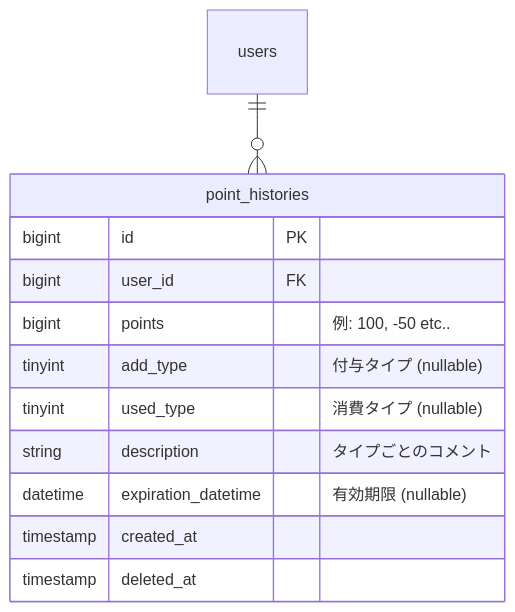
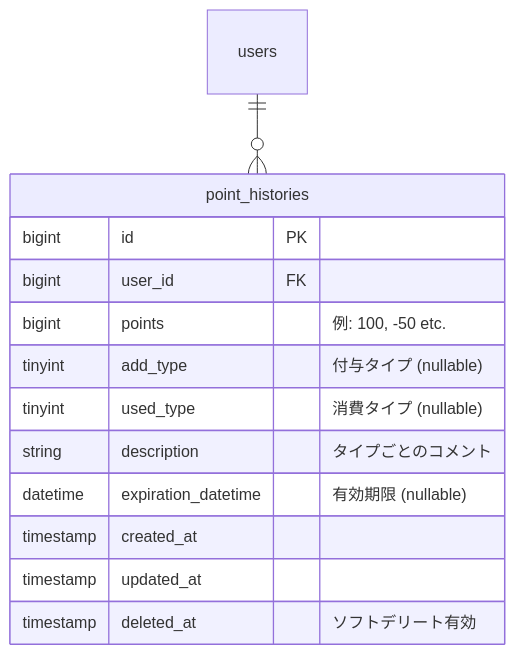
The first of 3 diagrams in README.md (NakamuraShun/test_point), drawn with Mermaid before and after one commit. The commit also changed other lines of this file, not shown here.

````diff
--- a/README.md
+++ b/README.md
@@ -22,15 +22,16 @@
 ```mermaid
 erDiagram
   users ||--o{ point_histories : ""
   point_histories {
     bigint id PK
     bigint user_id FK
-    bigint points "例: 100, -50 etc.."
+    bigint points "例: 100, -50 etc."
     tinyint add_type "付与タイプ (nullable)"
     tinyint used_type "消費タイプ (nullable)"
     string description "タイプごとのコメント"
     datetime expiration_datetime "有効期限 (nullable)"
     timestamp created_at
-    timestamp deleted_at
+    timestamp updated_at
+    timestamp deleted_at "ソフトデリート有効"
   }
 ```
````
